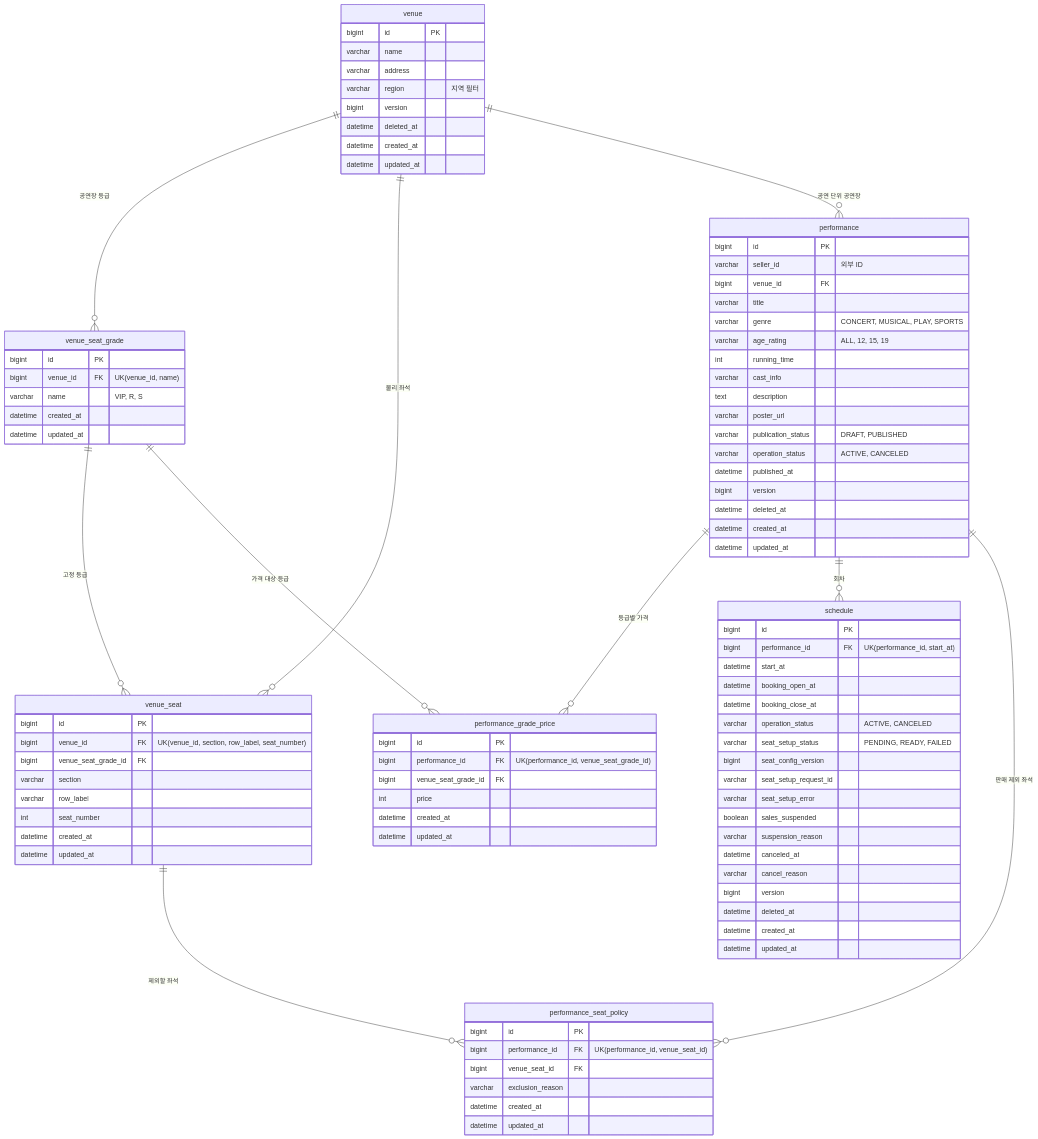
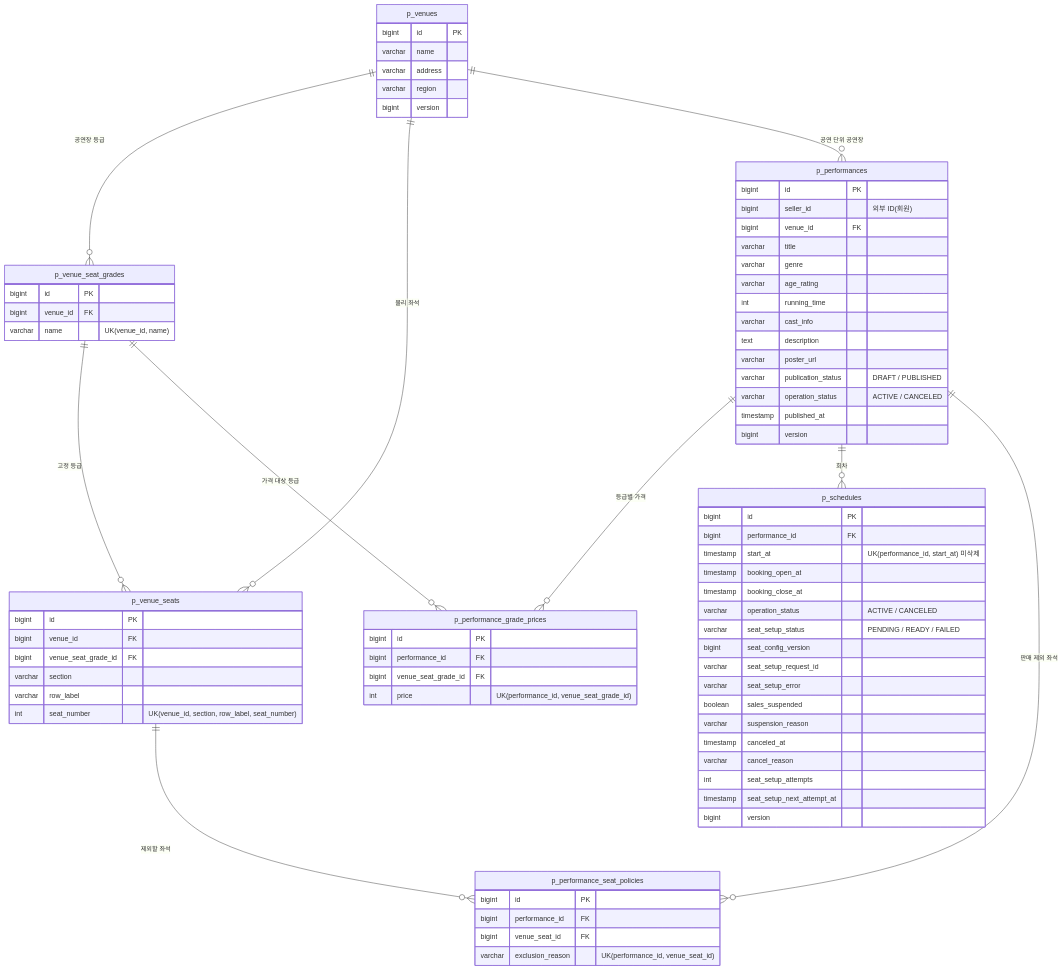
The diagram in docs/performance/tables.md (Good-Ticket-Service/ticket), drawn with Mermaid before and after one commit. The commit also changed other lines of this file and 1 other file, not shown here.

Commit message:
docs(performance): Notion 최신 공연 API·테이블 명세를 옮긴다 (#54)

````diff
--- a/docs/performance/tables.md
+++ b/docs/performance/tables.md
@@ -10,101 +13,80 @@
 ```mermaid
 erDiagram
-    venue ||--o{ venue_seat_grade : "공연장 등급"
-    venue ||--o{ venue_seat : "물리 좌석"
-    venue_seat_grade ||--o{ venue_seat : "고정 등급"
-    venue ||--o{ performance : "공연 단위 공연장"
-    performance ||--o{ performance_grade_price : "등급별 가격"
-    venue_seat_grade ||--o{ performance_grade_price : "가격 대상 등급"
-    performance ||--o{ schedule : "회차"
-    performance ||--o{ performance_seat_policy : "판매 제외 좌석"
-    venue_seat ||--o{ performance_seat_policy : "제외할 좌석"
+    p_venues ||--o{ p_venue_seat_grades : "공연장 등급"
+    p_venues ||--o{ p_venue_seats : "물리 좌석"
+    p_venue_seat_grades ||--o{ p_venue_seats : "고정 등급"
+    p_venues ||--o{ p_performances : "공연 단위 공연장"
+    p_performances ||--o{ p_performance_grade_prices : "등급별 가격"
+    p_venue_seat_grades ||--o{ p_performance_grade_prices : "가격 대상 등급"
+    p_performances ||--o{ p_schedules : "회차"
+    p_performances ||--o{ p_performance_seat_policies : "판매 제외 좌석"
+    p_venue_seats ||--o{ p_performance_seat_policies : "제외할 좌석"
 
-    venue {
+    p_venues {
         bigint id PK
         varchar name
         varchar address
-        varchar region "지역 필터"
+        varchar region
         bigint version
-        datetime deleted_at
-        datetime created_at
-        datetime updated_at
     }
-
-    venue_seat_grade {
+    p_venue_seat_grades {
         bigint id PK
-        bigint venue_id FK "UK(venue_id, name)"
-        varchar name "VIP, R, S"
-        datetime created_at
-        datetime updated_at
+        bigint venue_id FK
+        varchar name "UK(venue_id, name)"
     }
-
-    venue_seat {
+    p_venue_seats {
         bigint id PK
-        bigint venue_id FK "UK(venue_id, section, row_label, seat_number)"
+        bigint venue_id FK
         bigint venue_seat_grade_id FK
         varchar section
         varchar row_label
-        int seat_number
-        datetime created_at
-        datetime updated_at
+        int seat_number "UK(venue_id, section, row_label, seat_number)"
     }
-
-    performance {
+    p_performances {
         bigint id PK
-        varchar seller_id "외부 ID"
+        bigint seller_id "외부 ID(회원)"
         bigint venue_id FK
         varchar title
-        varchar genre "CONCERT, MUSICAL, PLAY, SPORTS"
-        varchar age_rating "ALL, 12, 15, 19"
+        varchar genre
+        varchar age_rating
         int running_time
         varchar cast_info
         text description
         varchar poster_url
-        varchar publication_status "DRAFT, PUBLISHED"
-        varchar operation_status "ACTIVE, CANCELED"
-        datetime published_at
+        varchar publication_status "DRAFT / PUBLISHED"
+        varchar operation_status "ACTIVE / CANCELED"
+        timestamp published_at
         bigint version
-        datetime deleted_at
-        datetime created_at
-        datetime updated_at
     }
-
-    performance_grade_price {
+    p_performance_grade_prices {
         bigint id PK
-        bigint performance_id FK "UK(performance_id, venue_seat_grade_id)"
+        bigint performance_id FK
         bigint venue_seat_grade_id FK
-        int price
-        datetime created_at
-        datetime updated_at
+        int price "UK(performance_id, venue_seat_grade_id)"
     }
-
-    schedule {
+    p_schedules {
         bigint id PK
-        bigint performance_id FK "UK(performance_id, start_at)"
-        datetime start_at
-        datetime booking_open_at
-        datetime booking_close_at
-        varchar operation_status "ACTIVE, CANCELED"
-        varchar seat_setup_status "PENDING, READY, FAILED"
+        bigint performance_id FK
+        timestamp start_at "UK(performance_id, start_at) 미삭제"
+        timestamp booking_open_at
+        timestamp booking_close_at
+        varchar operation_status "ACTIVE / CANCELED"
+        varchar seat_setup_status "PENDING / READY / FAILED"
         bigint seat_config_version
         varchar seat_setup_request_id
         varchar seat_setup_error
         boolean sales_suspended
         varchar suspension_reason
-        datetime canceled_at
+        timestamp canceled_at
         varchar cancel_reason
+        int seat_setup_attempts
+        timestamp seat_setup_next_attempt_at
         bigint version
-        datetime deleted_at
-        datetime created_at
-        datetime updated_at
     }
-
-    performance_seat_policy {
+    p_performance_seat_policies {
         bigint id PK
-        bigint performance_id FK "UK(performance_id, venue_seat_id)"
+        bigint performance_id FK
         bigint venue_seat_id FK
-        varchar exclusion_reason
-        datetime created_at
-        datetime updated_at
+        varchar exclusion_reason "UK(performance_id, venue_seat_id)"
     }
 ```
````
